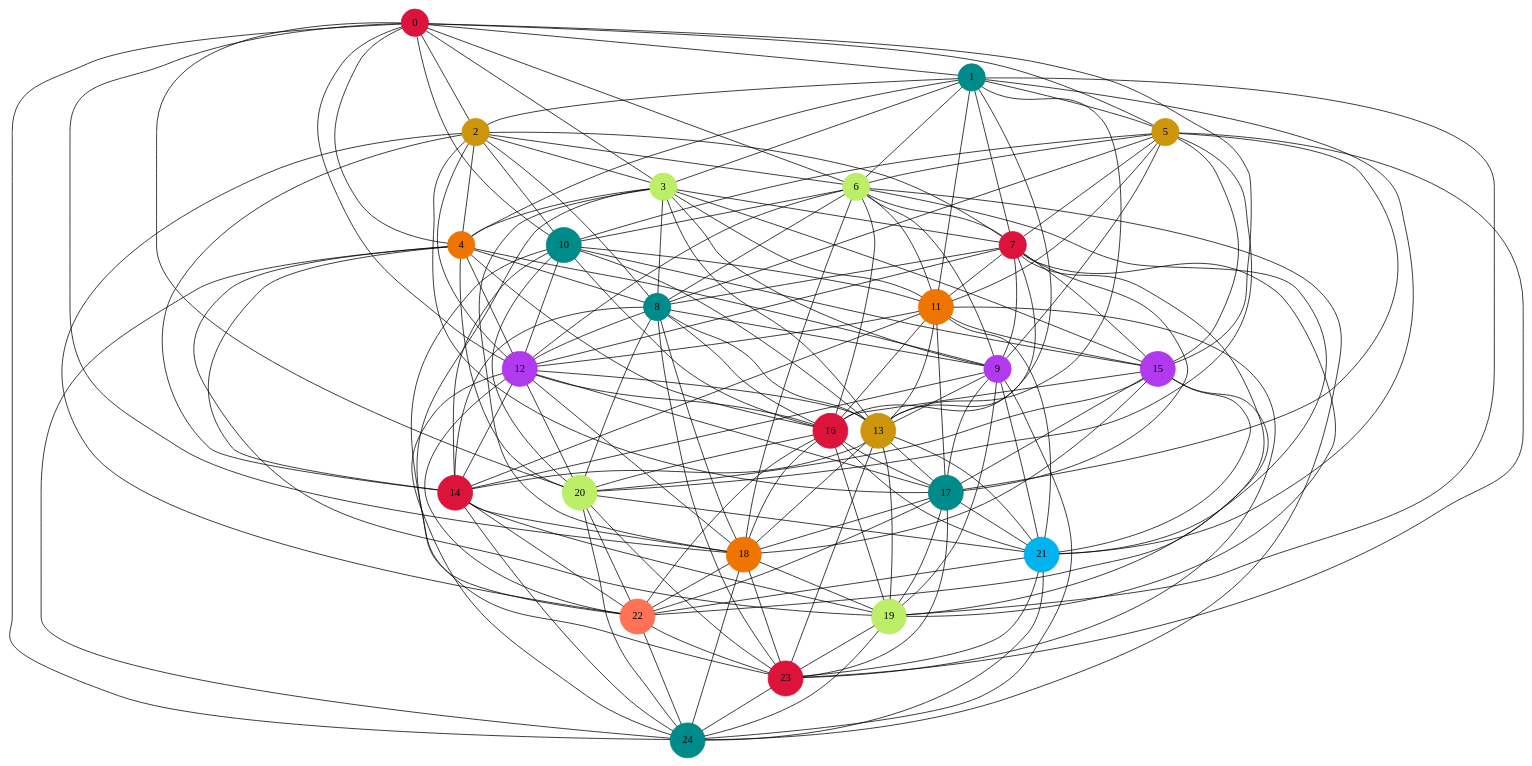
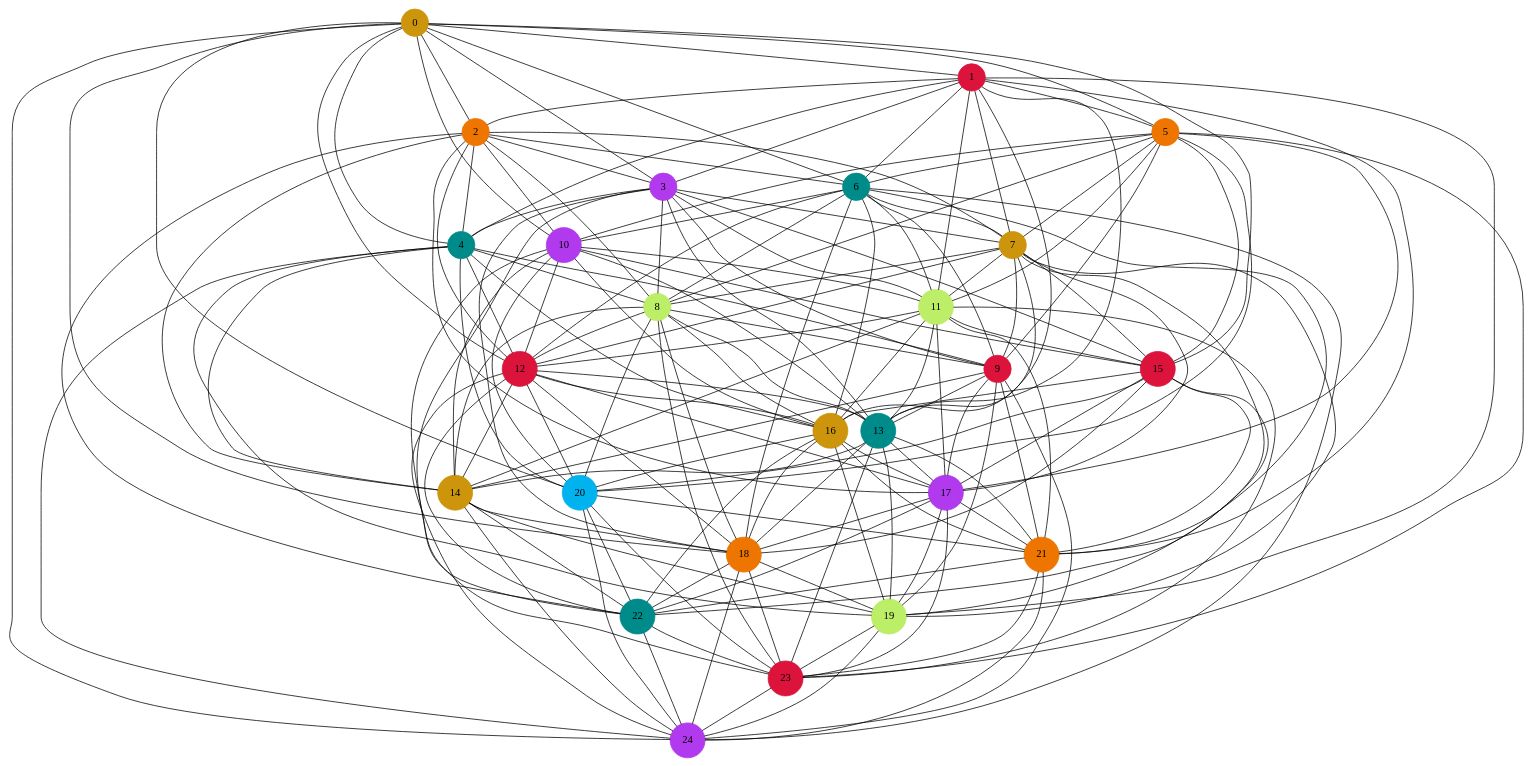
One commit to LeaChemoul/ColorationGraphesProjet changed the diagram in graph/graph_dsatur.dot. Above: the diagram before and after it, drawn with Graphviz. The commit also changed 51 other files, not shown here.

Commit message:
Correction de la structure de graphe et des algorithmes de tris

```diff
--- a/graph/graph_dsatur.dot
+++ b/graph/graph_dsatur.dot
@@ -1,187 +1,187 @@
 graph G {
-0 [shape=circle, style=filled, color= crimson];
+0 [shape=circle, style=filled, color= darkgoldenrod3];
 0 -- 6;
 0 -- 12;
 0 -- 18;
 0 -- 24;
 0 -- 1;
 0 -- 2;
 0 -- 3;
 0 -- 4;
 0 -- 5;
 0 -- 10;
 0 -- 15;
 0 -- 20;
-1 [shape=circle, style=filled, color= cyan4];
+1 [shape=circle, style=filled, color= crimson];
 1 -- 7;
 1 -- 13;
 1 -- 19;
 1 -- 5;
 1 -- 2;
 1 -- 3;
 1 -- 4;
 1 -- 6;
 1 -- 11;
 1 -- 16;
 1 -- 21;
-2 [shape=circle, style=filled, color= darkgoldenrod3];
+2 [shape=circle, style=filled, color= darkorange2];
 2 -- 8;
 2 -- 14;
 2 -- 6;
 2 -- 10;
 2 -- 3;
 2 -- 4;
 2 -- 7;
 2 -- 12;
 2 -- 17;
 2 -- 22;
-3 [shape=circle, style=filled, color= darkolivegreen2];
+3 [shape=circle, style=filled, color= darkorchid2];
 3 -- 9;
 3 -- 7;
 3 -- 11;
 3 -- 15;
 3 -- 4;
 3 -- 8;
 3 -- 13;
 3 -- 18;
 3 -- 23;
-4 [shape=circle, style=filled, color= darkorange2];
+4 [shape=circle, style=filled, color= cyan4];
 4 -- 8;
 4 -- 12;
 4 -- 16;
 4 -- 20;
 4 -- 9;
 4 -- 14;
 4 -- 19;
 4 -- 24;
-5 [shape=circle, style=filled, color= darkgoldenrod3];
+5 [shape=circle, style=filled, color= darkorange2];
 5 -- 11;
 5 -- 17;
 5 -- 23;
 5 -- 6;
 5 -- 7;
 5 -- 8;
 5 -- 9;
 5 -- 10;
 5 -- 15;
 5 -- 20;
-6 [shape=circle, style=filled, color= darkolivegreen2];
+6 [shape=circle, style=filled, color= cyan4];
 6 -- 12;
 6 -- 18;
 6 -- 24;
 6 -- 10;
 6 -- 7;
 6 -- 8;
 6 -- 9;
 6 -- 11;
 6 -- 16;
 6 -- 21;
-7 [shape=circle, style=filled, color= crimson];
+7 [shape=circle, style=filled, color= darkgoldenrod3];
 7 -- 13;
 7 -- 19;
 7 -- 11;
 7 -- 15;
 7 -- 8;
 7 -- 9;
 7 -- 12;
 7 -- 17;
 7 -- 22;
-8 [shape=circle, style=filled, color= cyan4];
+8 [shape=circle, style=filled, color= darkolivegreen2];
 8 -- 14;
 8 -- 12;
 8 -- 16;
 8 -- 20;
 8 -- 9;
 8 -- 13;
 8 -- 18;
 8 -- 23;
-9 [shape=circle, style=filled, color= darkorchid2];
+9 [shape=circle, style=filled, color= crimson];
 9 -- 13;
 9 -- 17;
 9 -- 21;
 9 -- 14;
 9 -- 19;
 9 -- 24;
-10 [shape=circle, style=filled, color= cyan4];
+10 [shape=circle, style=filled, color= darkorchid2];
 10 -- 16;
 10 -- 22;
 10 -- 11;
 10 -- 12;
 10 -- 13;
 10 -- 14;
 10 -- 15;
 10 -- 20;
-11 [shape=circle, style=filled, color= darkorange2];
+11 [shape=circle, style=filled, color= darkolivegreen2];
 11 -- 17;
 11 -- 23;
 11 -- 15;
 11 -- 12;
 11 -- 13;
 11 -- 14;
 11 -- 16;
 11 -- 21;
-12 [shape=circle, style=filled, color= darkorchid2];
+12 [shape=circle, style=filled, color= crimson];
 12 -- 18;
 12 -- 24;
 12 -- 16;
 12 -- 20;
 12 -- 13;
 12 -- 14;
 12 -- 17;
 12 -- 22;
-13 [shape=circle, style=filled, color= darkgoldenrod3];
+13 [shape=circle, style=filled, color= cyan4];
 13 -- 19;
 13 -- 17;
 13 -- 21;
 13 -- 14;
 13 -- 18;
 13 -- 23;
-14 [shape=circle, style=filled, color= crimson];
+14 [shape=circle, style=filled, color= darkgoldenrod3];
 14 -- 18;
 14 -- 22;
 14 -- 19;
 14 -- 24;
-15 [shape=circle, style=filled, color= darkorchid2];
+15 [shape=circle, style=filled, color= crimson];
 15 -- 21;
 15 -- 16;
 15 -- 17;
 15 -- 18;
 15 -- 19;
 15 -- 20;
-16 [shape=circle, style=filled, color= crimson];
+16 [shape=circle, style=filled, color= darkgoldenrod3];
 16 -- 22;
 16 -- 20;
 16 -- 17;
 16 -- 18;
 16 -- 19;
 16 -- 21;
-17 [shape=circle, style=filled, color= cyan4];
+17 [shape=circle, style=filled, color= darkorchid2];
 17 -- 23;
 17 -- 21;
 17 -- 18;
 17 -- 19;
 17 -- 22;
 18 [shape=circle, style=filled, color= darkorange2];
 18 -- 24;
 18 -- 22;
 18 -- 19;
 18 -- 23;
 19 [shape=circle, style=filled, color= darkolivegreen2];
 19 -- 23;
 19 -- 24;
-20 [shape=circle, style=filled, color= darkolivegreen2];
+20 [shape=circle, style=filled, color= deepskyblue2];
 20 -- 21;
 20 -- 22;
 20 -- 23;
 20 -- 24;
-21 [shape=circle, style=filled, color= deepskyblue2];
+21 [shape=circle, style=filled, color= darkorange2];
 21 -- 22;
 21 -- 23;
 21 -- 24;
-22 [shape=circle, style=filled, color= coral1];
+22 [shape=circle, style=filled, color= cyan4];
 22 -- 23;
 22 -- 24;
 23 [shape=circle, style=filled, color= crimson];
 23 -- 24;
-24 [shape=circle, style=filled, color= cyan4];
+24 [shape=circle, style=filled, color= darkorchid2];
 }
```
